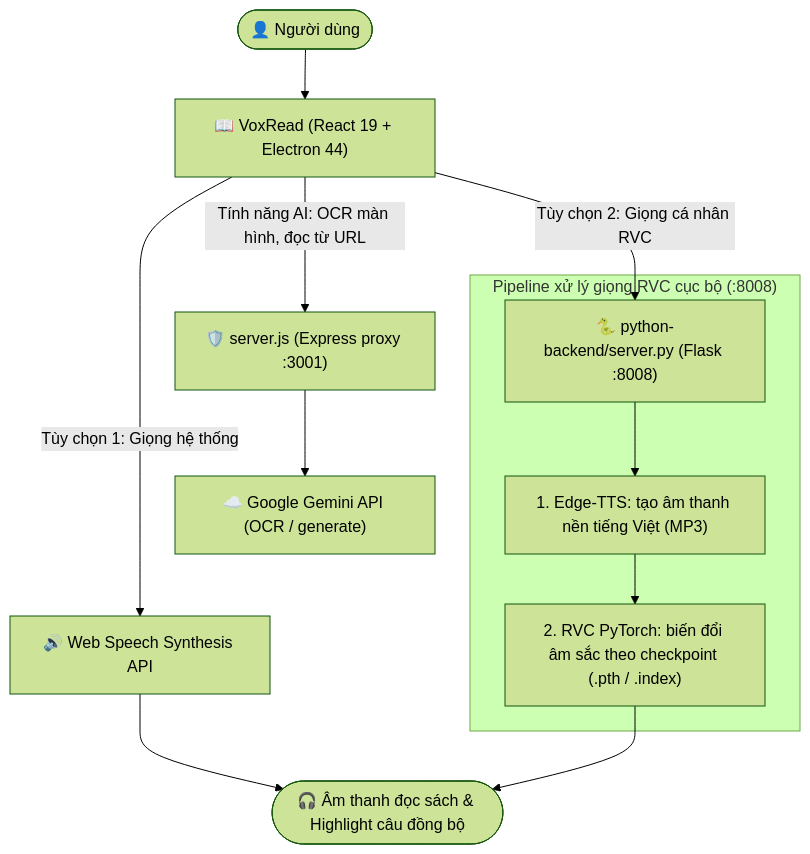
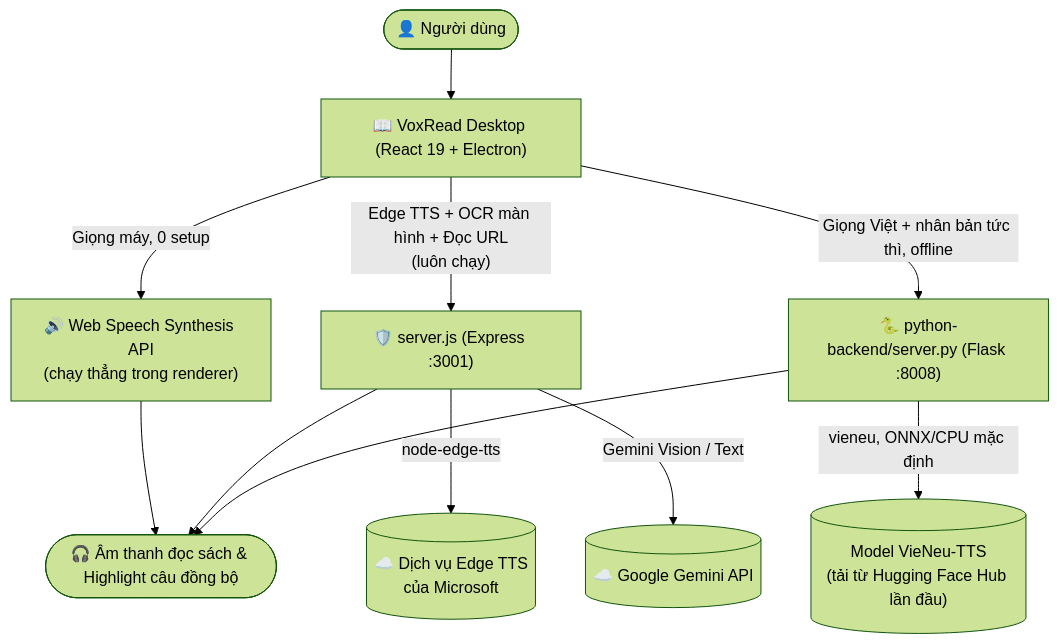
Before and after one commit to caoduongle/reader: the diagram in README.md, drawn with Mermaid (forest theme). The commit also changed other lines of this file and 7 other files, not shown here.

````diff
--- a/README.md
+++ b/README.md
@@ -16,18 +16,16 @@
 ```mermaid
 flowchart TD
-    User([👤 Người dùng]) --> VR["📖 VoxRead (React 19 + Electron 44)"]
+    User([👤 Người dùng]) --> VR["📖 VoxRead Desktop (React 19 + Electron)"]
 
-    VR -->|Tùy chọn 1: Giọng hệ thống| WS["🔊 Web Speech Synthesis API"]
-    VR -->|Tùy chọn 2: Giọng cá nhân RVC| RVC_SRV["🐍 python-backend/server.py (Flask :8008)"]
-    VR -->|Tính năng AI: OCR màn hình, đọc từ URL| PROXY["🛡️ server.js (Express proxy :3001)"]
+    VR -->|Giọng máy, 0 setup| WS["🔊 Web Speech Synthesis API<br/>(chạy thẳng trong renderer)"]
+    VR -->|"Edge TTS + OCR màn hình + Đọc URL<br/>(luôn chạy)"| NODE["🛡️ server.js (Express :3001)"]
+    VR -->|Giọng Việt + nhân bản tức thì, offline| PY["🐍 python-backend/server.py (Flask :8008)"]
 
-    PROXY --> GEMINI["☁️ Google Gemini API (OCR / generate)"]
-
-    subgraph RVC_Pipeline ["Pipeline xử lý giọng RVC cục bộ (:8008)"]
-        RVC_SRV --> ET["1. Edge-TTS: tạo âm thanh nền tiếng Việt (MP3)"]
-        ET --> RVC["2. RVC PyTorch: biến đổi âm sắc theo checkpoint (.pth / .index)"]
-    end
+    NODE -->|node-edge-tts| MSFT[("☁️ Dịch vụ Edge TTS<br/>của Microsoft")]
+    NODE -->|Gemini Vision / Text| GEMINI[("☁️ Google Gemini API")]
+    PY -->|vieneu, ONNX/CPU mặc định| MODEL[("Model VieNeu-TTS<br/>(tải từ Hugging Face Hub lần đầu)")]
 
     WS --> OUT([🎧 Âm thanh đọc sách & Highlight câu đồng bộ])
-    RVC --> OUT
+    NODE --> OUT
+    PY --> OUT
 ```
````
